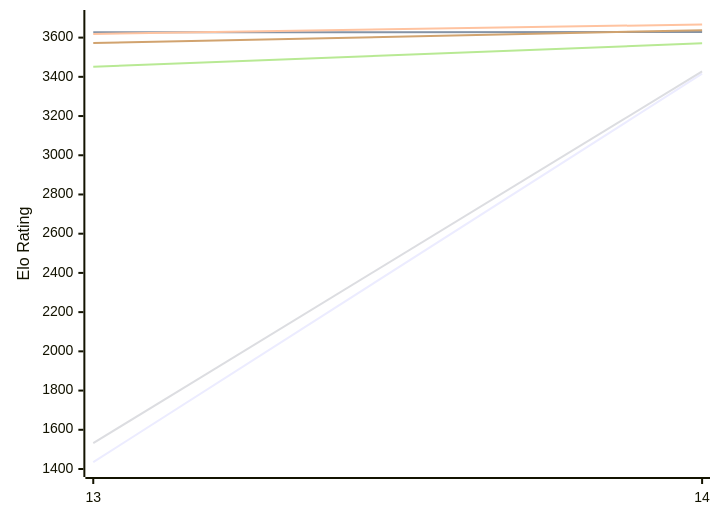
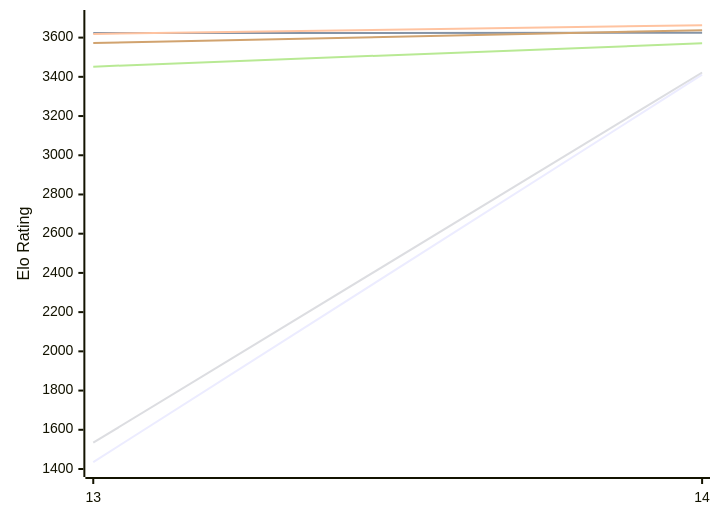
One commit to computer-chess-index/cci changed the first of 2 diagrams in engines/Berserk.md. Above: the diagram before and after it, drawn with Mermaid. The commit also changed other lines of this file, not shown here.

Commit message:
Update CCI Ratings (ELO VLTC) - 2026-11-26

````diff
--- a/engines/Berserk.md
+++ b/engines/Berserk.md
@@ -50,12 +50,12 @@
 ```mermaid
 %%{init: {"theme":"base","themeVariables":{"seriesColors:['#a3a3a3','#222221','#faa371']}}}%%
 xychart-beta
   x-axis ["13", "14"]
   y-axis "Elo Rating" 1400 --> 3700
-  line "E1: STC (8.0+0.08s)" [1435, 3416]
-  line "E1: LTC (60.0+0.60s)" [3627, 3629]
-  line "E1: VLTC (2m24s+1.12s)" [3619, 3667]
-  line "P1: STC (8.0+0.08s)" [1532, 3428]
-  line "P1: LTC (60.0+0.60s)" [3451, 3571]
+  line "E1: STC (8.0+0.08s)" [1435, 3411]
+  line "E1: LTC (60.0+0.60s)" [3623, 3625]
+  line "E1: VLTC (2m24s+1.12s)" [3619, 3663]
+  line "P1: STC (8.0+0.08s)" [1534, 3422]
+  line "P1: LTC (60.0+0.60s)" [3452, 3571]
   line "P1: VLTC (2m24s+1.12s)" [3572, 3638]
 ```
````
